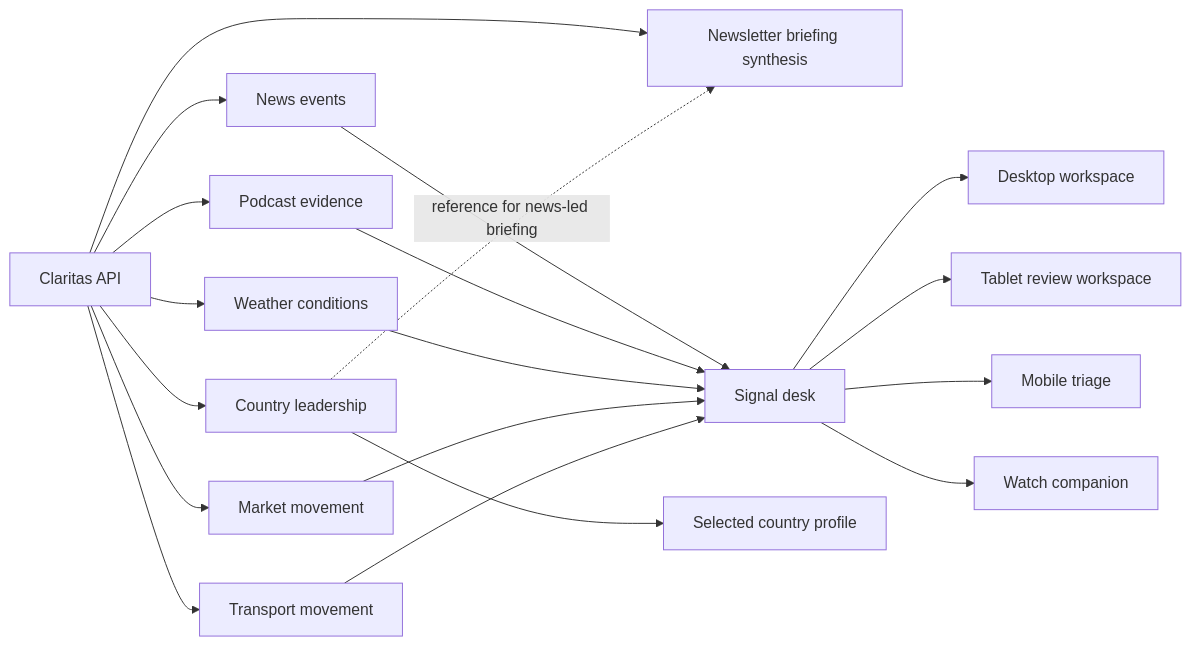
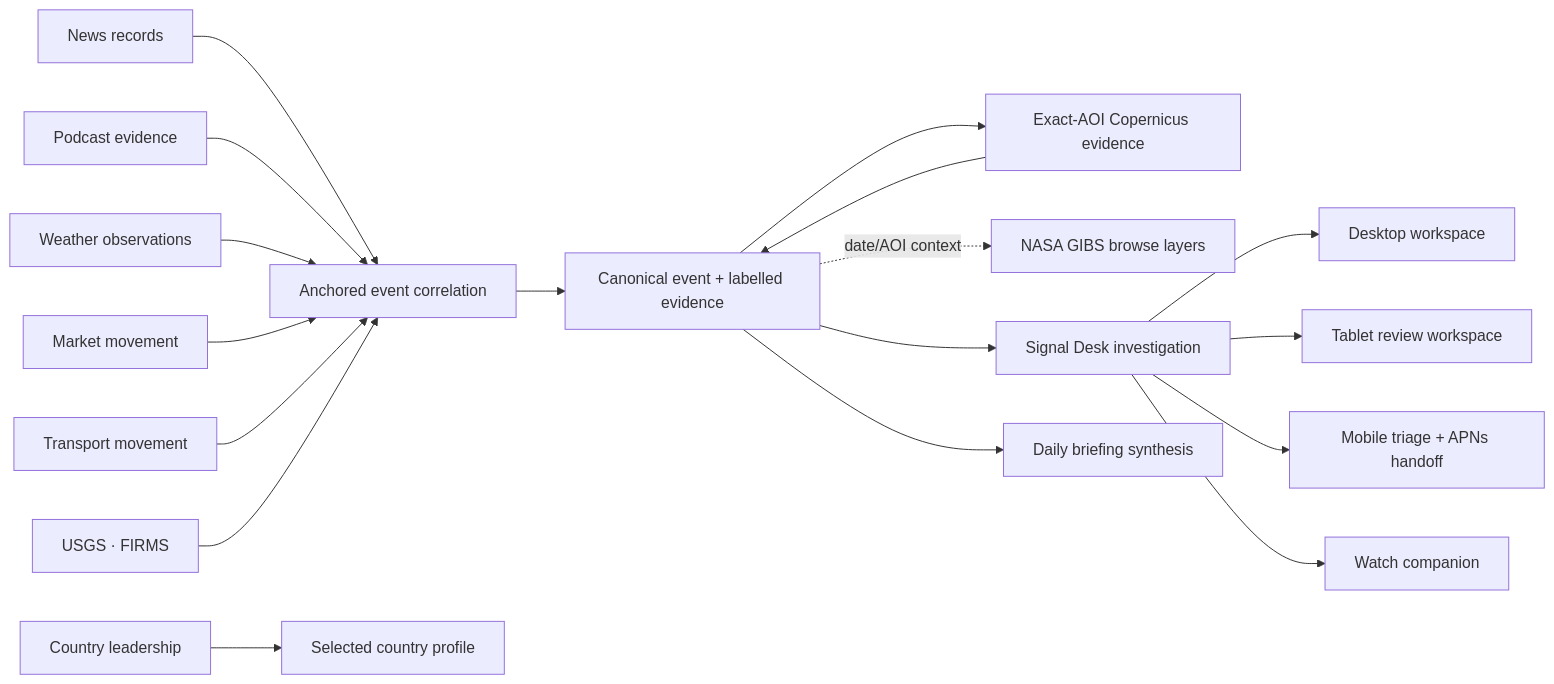
The first of 2 diagrams in docs/architecture/cross-device-design.md (eojgroup/claritas), drawn with Mermaid before and after one commit. The commit also changed other lines of this file and 63 other files, not shown here.

````diff
--- a/docs/architecture/cross-device-design.md
+++ b/docs/architecture/cross-device-design.md
@@ -20,23 +20,20 @@
 ```mermaid
 flowchart LR
-  API[Claritas API] --> Brief[Newsletter briefing synthesis]
-  API --> News[News events]
-  API --> Podcasts[Podcast evidence]
-  API --> Weather[Weather conditions]
-  API --> Markets[Market movement]
-  API --> Leadership[Country leadership]
-  API --> Transport[Transport movement]
-
-  News --> Desk[Signal desk]
-  Podcasts --> Desk
-  Weather --> Desk
-  Markets --> Desk
-  Leadership --> Profile[Selected country profile]
-  Leadership -. reference for news-led briefing .-> Brief
-  Transport --> Desk
-
+  News[News records] --> Correlate[Anchored event correlation]
+  Podcasts[Podcast evidence] --> Correlate
+  Weather[Weather observations] --> Correlate
+  Markets[Market movement] --> Correlate
+  Transport[Transport movement] --> Correlate
+  Official[USGS · FIRMS] --> Correlate
+  Correlate --> Event[Canonical event + labelled evidence]
+  Event --> EO[Exact-AOI Copernicus evidence]
+  EO --> Event
+  Event -. date/AOI context .-> GIBS[NASA GIBS browse layers]
+  Event --> Desk[Signal Desk investigation]
+  Event --> Brief[Daily briefing synthesis]
+  Leadership[Country leadership] --> Profile[Selected country profile]
   Desk --> Web[Desktop workspace]
   Desk --> Pad[Tablet review workspace]
-  Desk --> Phone[Mobile triage]
+  Desk --> Phone[Mobile triage + APNs handoff]
   Desk --> Watch[Watch companion]
 ```
````
